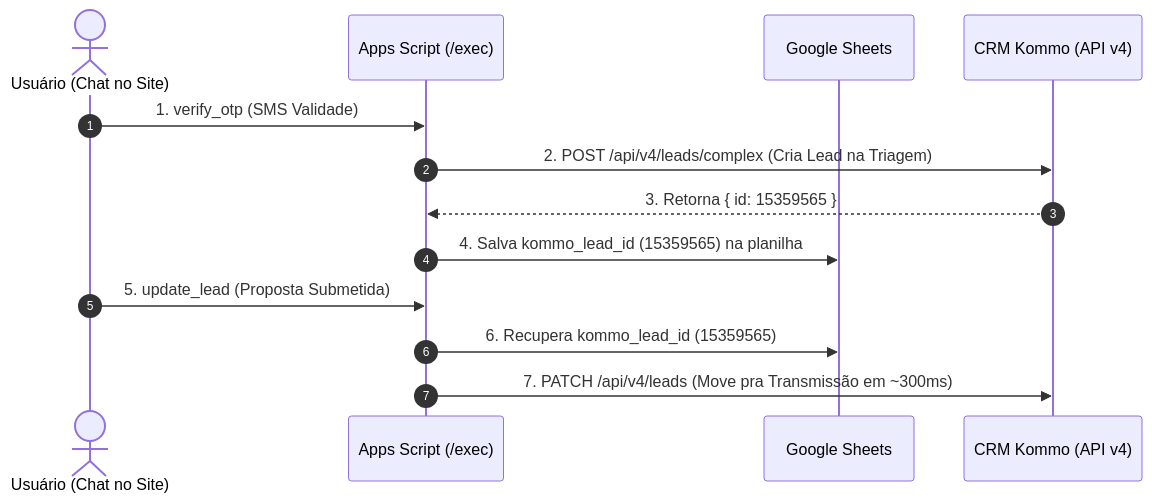
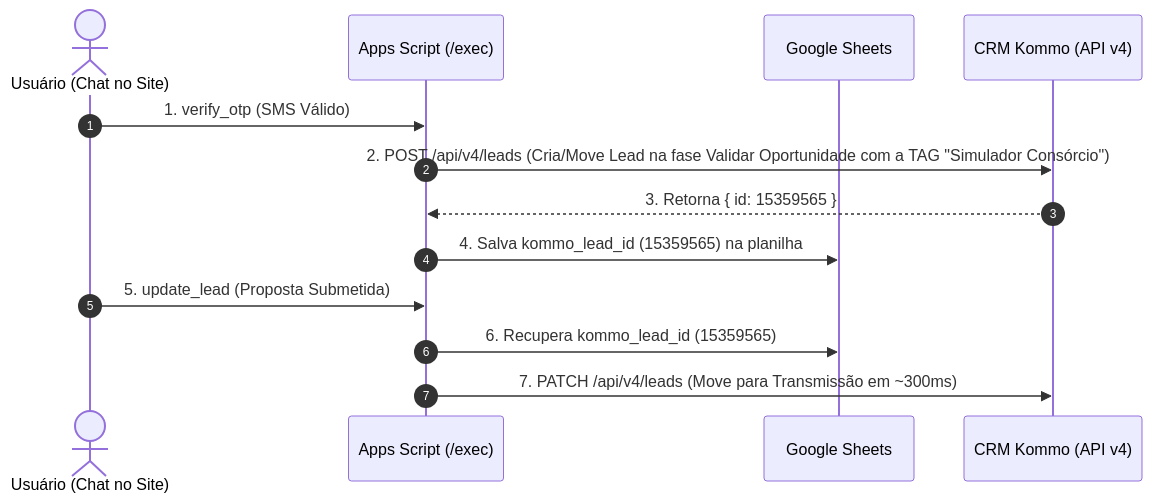
Before and after one commit to Djonatankb/simulador-consorcio: the diagram in docs/integracao-kommo-direta.md, drawn with Mermaid. The commit also changed other lines of this file and 3 other files, not shown here.

````diff
--- a/docs/integracao-kommo-direta.md
+++ b/docs/integracao-kommo-direta.md
@@ -9,17 +9,17 @@
 ```mermaid
 sequenceDiagram
     autonumber
     actor Cliente as Usuário (Chat no Site)
     participant Backend as Apps Script (/exec)
     participant Sheets as Google Sheets
     participant Kommo as CRM Kommo (API v4)
 
-    Cliente->>Backend: 1. verify_otp (SMS Validade)
-    Backend->>Kommo: 2. POST /api/v4/leads/complex (Cria Lead na Triagem)
+    Cliente->>Backend: 1. verify_otp (SMS Válido)
+    Backend->>Kommo: 2. POST /api/v4/leads (Cria/Move Lead na fase Validar Oportunidade com a TAG "Simulador Consórcio")
     Kommo-->>Backend: 3. Retorna { id: 15359565 }
     Backend->>Sheets: 4. Salva kommo_lead_id (15359565) na planilha
 
     Cliente->>Backend: 5. update_lead (Proposta Submetida)
     Backend->>Sheets: 6. Recupera kommo_lead_id (15359565)
-    Backend->>Kommo: 7. PATCH /api/v4/leads (Move pra Transmissão em ~300ms)
+    Backend->>Kommo: 7. PATCH /api/v4/leads (Move para Transmissão em ~300ms)
 ```
````
